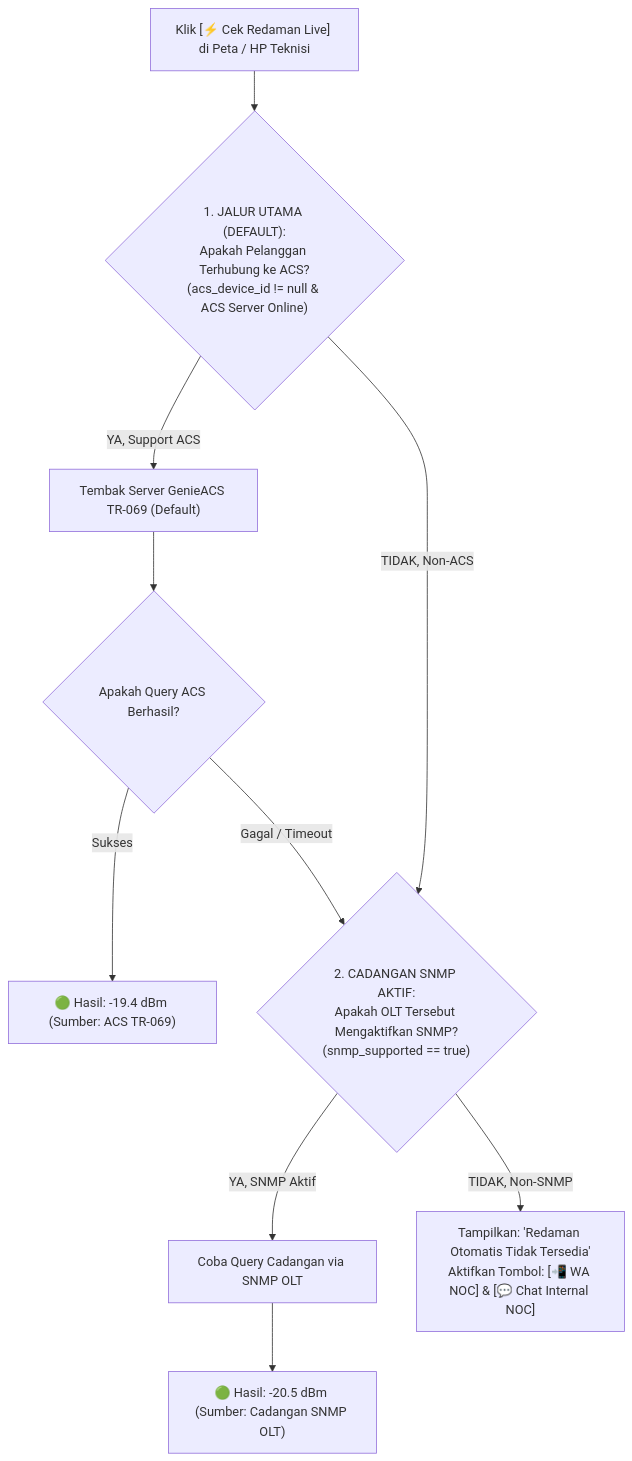
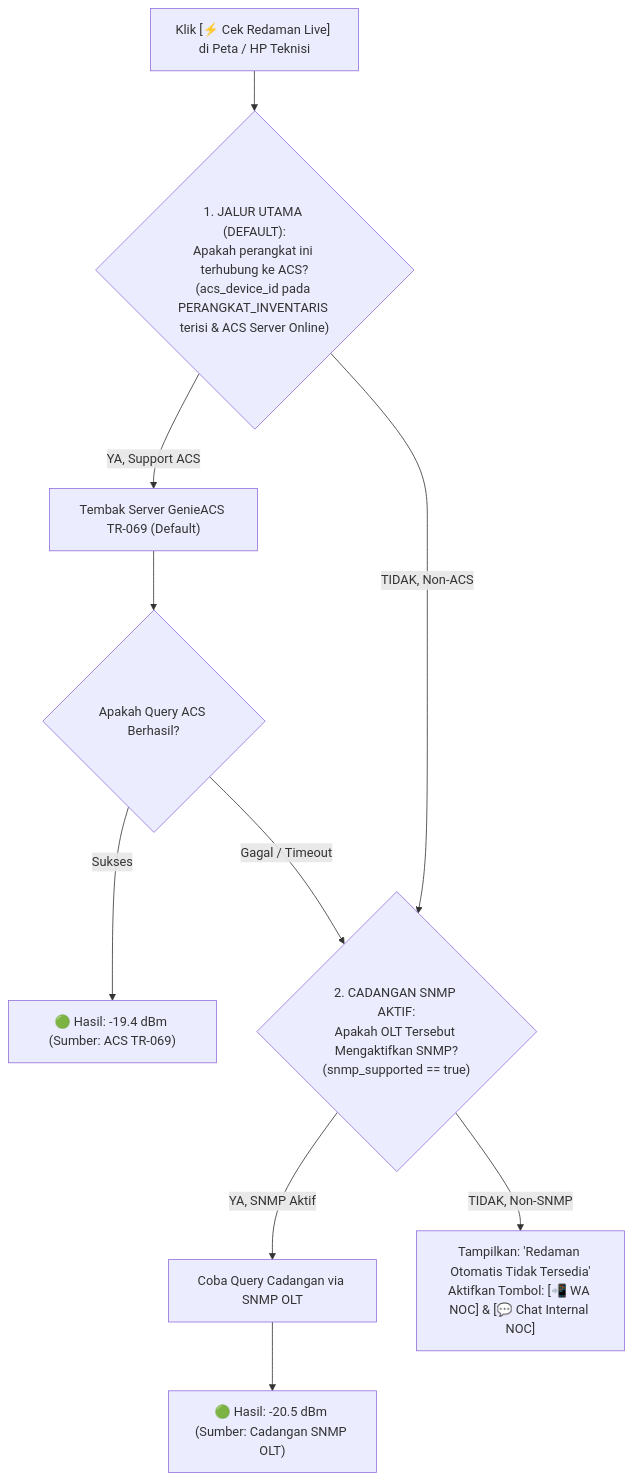
One commit to revroger007/billing-isp-v2 changed the seventh of 16 diagrams in docs/cara-kerja.md. Above: the diagram before and after it, drawn with Mermaid. The commit also changed other lines of this file and 4 other files, not shown here.

````diff
--- a/docs/cara-kerja.md
+++ b/docs/cara-kerja.md
@@ -786,16 +787,16 @@
 ```mermaid
 flowchart TD
-    START["Klik [⚡ Cek Redaman Live] di Peta / HP Teknisi"] --> CHECK_ACS{"1. JALUR UTAMA (DEFAULT):\nApakah Pelanggan Terhubung ke ACS?\n(acs_device_id != null & ACS Server Online)"}
+    START["Klik [⚡ Cek Redaman Live] di Peta / HP Teknisi"] --> CHECK_ACS{"1. JALUR UTAMA (DEFAULT):\nApakah perangkat ini terhubung ke ACS?\n(acs_device_id pada PERANGKAT_INVENTARIS terisi & ACS Server Online)"}
 
     CHECK_ACS -->|YA, Support ACS| RUN_ACS["Tembak Server GenieACS TR-069 (Default)"]
     RUN_ACS --> ACS_OK{"Apakah Query ACS Berhasil?"}
     ACS_OK -->|Sukses| SHOW_ACS["🟢 Hasil: -19.4 dBm (Sumber: ACS TR-069)"]
     
     ACS_OK -->|Gagal / Timeout| CHECK_SNMP_OPTIONAL{"2. CADANGAN SNMP AKTIF:\nApakah OLT Tersebut Mengaktifkan SNMP?\n(snmp_supported == true)"}
     CHECK_ACS -->|TIDAK, Non-ACS| CHECK_SNMP_OPTIONAL
 
     CHECK_SNMP_OPTIONAL -->|YA, SNMP Aktif| RUN_SNMP["Coba Query Cadangan via SNMP OLT"]
     RUN_SNMP --> SHOW_SNMP["🟢 Hasil: -20.5 dBm (Sumber: Cadangan SNMP OLT)"]
     
     CHECK_SNMP_OPTIONAL -->|TIDAK, Non-SNMP| MANUAL_FALLBACK["Tampilkan: 'Redaman Otomatis Tidak Tersedia'\nAktifkan Tombol: [📲 WA NOC] & [💬 Chat Internal NOC]"]
 ```
````
